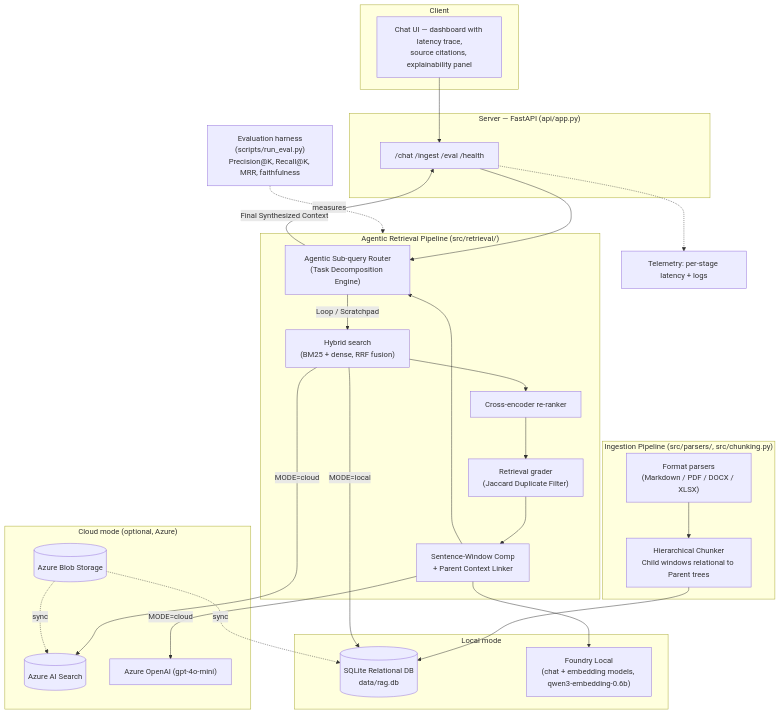
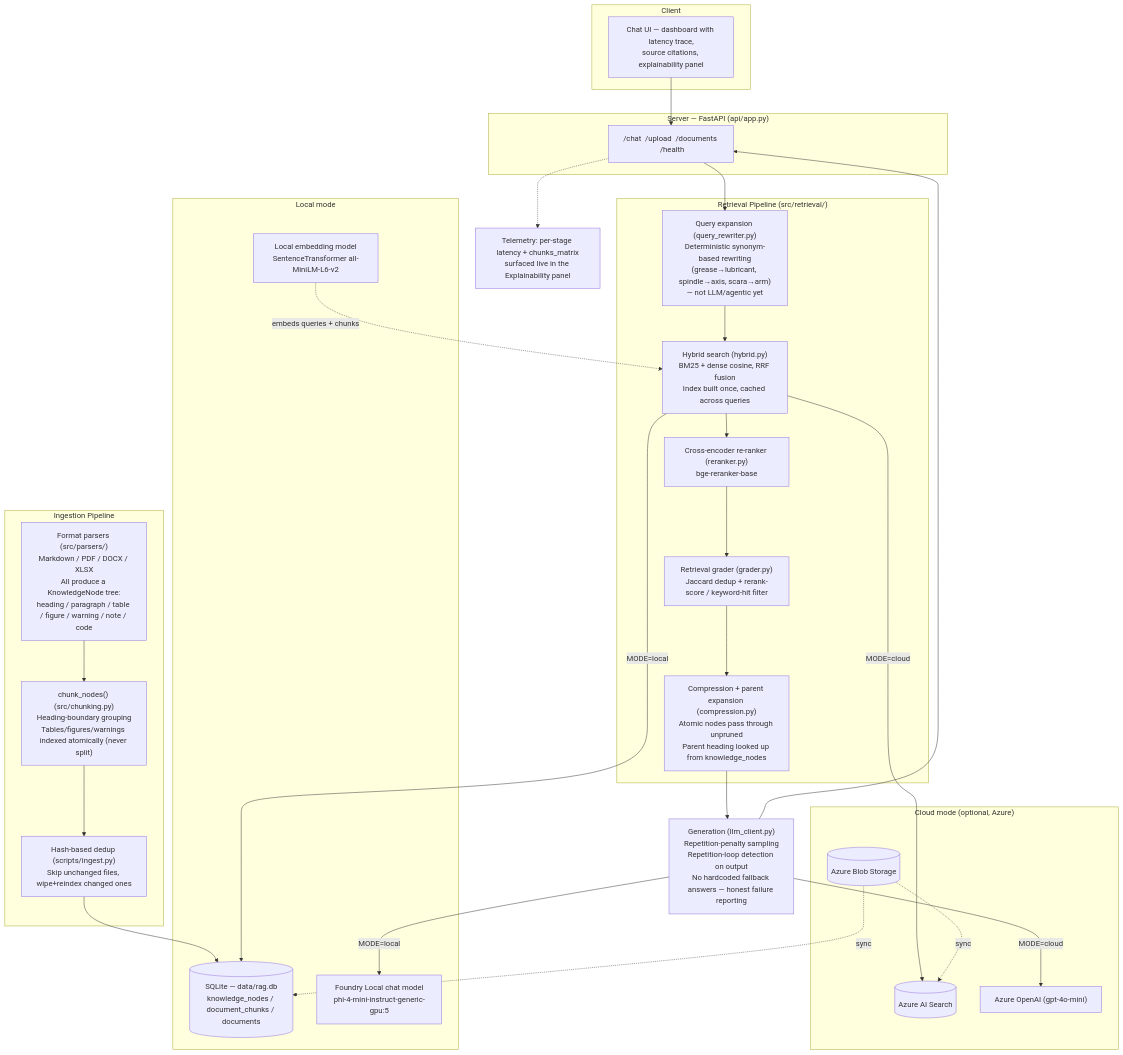
The first of 2 diagrams in README.md (MEK-0/Local-Rag-Foundry-assistant), drawn with Mermaid before and after one commit. The commit also changed other lines of this file, not shown here.

First line of the commit message:
docs(readme): rewrite architecture to match current node-tree RAG implementation

````diff
--- a/README.md
+++ b/README.md
@@ -43,51 +45,52 @@
 ```mermaid
 flowchart TB
     subgraph Client["Client"]
         UI["Chat UI — dashboard with latency trace,\nsource citations, explainability panel"]
     end
 
     subgraph Server["Server — FastAPI (api/app.py)"]
-        API["/chat  /ingest  /eval  /health"]
+        API["/chat  /upload  /documents  /health"]
     end
 
-    subgraph Ingestion["Ingestion Pipeline (src/parsers/, src/chunking.py)"]
-        PARSE["Format parsers\n(Markdown / PDF / DOCX / XLSX)"]
-        CHUNK["Hierarchical Chunker\nChild windows relational to Parent trees"]
+    subgraph Ingestion["Ingestion Pipeline"]
+        PARSE["Format parsers (src/parsers/)\nMarkdown / PDF / DOCX / XLSX\nAll produce a KnowledgeNode tree:\nheading / paragraph / table / figure / warning / note / code"]
+        CHUNK["chunk_nodes() (src/chunking.py)\nHeading-boundary grouping\nTables/figures/warnings indexed atomically (never split)"]
+        HASH["Hash-based dedup (scripts/ingest.py)\nSkip unchanged files, wipe+reindex changed ones"]
     end
 
-    subgraph Retrieval["Agentic Retrieval Pipeline (src/retrieval/)"]
-        QR["Agentic Sub-query Router\n(Task Decomposition Engine)"]
-        HYB["Hybrid search\n(BM25 + dense, RRF fusion)"]
-        RR["Cross-encoder re-ranker"]
-        GR["Retrieval grader\n(Jaccard Duplicate Filter)"]
-        COMP["Sentence-Window Comp\n+ Parent Context Linker"]
+    subgraph Retrieval["Retrieval Pipeline (src/retrieval/)"]
+        RW["Query expansion (query_rewriter.py)\nDeterministic synonym-based rewriting\n(grease→lubricant, spindle→axis, scara→arm)\n— not LLM/agentic yet"]
+        HYB["Hybrid search (hybrid.py)\nBM25 + dense cosine, RRF fusion\nIndex built once, cached across queries"]
+        RR["Cross-encoder re-ranker (reranker.py)\nbge-reranker-base"]
+        GR["Retrieval grader (grader.py)\nJaccard dedup + rerank-score / keyword-hit filter"]
+        COMP["Compression + parent expansion (compression.py)\nAtomic nodes pass through unpruned\nParent heading looked up from knowledge_nodes"]
     end
 
     subgraph Local["Local mode"]
-        SQL[("SQLite Relational DB\ndata/rag.db")]
-        FL["Foundry Local\n(chat + embedding models, qwen3-embedding-0.6b)"]
+        SQL[("SQLite — data/rag.db\nknowledge_nodes / document_chunks / documents")]
+        FL_CHAT["Foundry Local chat model\nphi-4-mini-instruct-generic-gpu:5"]
+        FL_EMB["Local embedding model\nSentenceTransformer all-MiniLM-L6-v2"]
     end
 
     subgraph Cloud["Cloud mode (optional, Azure)"]
         AIS[("Azure AI Search")]
         BLOB[("Azure Blob Storage")]
         AOAI["Azure OpenAI (gpt-4o-mini)"]
     end
 
-    EVAL["Evaluation harness\n(scripts/run_eval.py)\nPrecision@K, Recall@K, MRR, faithfulness"]
-    TEL["Telemetry: per-stage latency + logs"]
+    GEN["Generation (llm_client.py)\nRepetition-penalty sampling\nRepetition-loop detection on output\nNo hardcoded fallback answers — honest failure reporting"]
+    TEL["Telemetry: per-stage latency + chunks_matrix\nsurfaced live in the Explainability panel"]
 
     UI --> API
-    PARSE --> CHUNK --> SQL
-    API --> QR
-    QR -->|Loop / Scratchpad| HYB --> RR --> GR --> COMP --> QR
-    QR -->|Final Synthesized Context| API
+    PARSE --> CHUNK --> HASH --> SQL
+    API --> RW --> HYB --> RR --> GR --> COMP --> GEN
     HYB -->|MODE=local| SQL
     HYB -->|MODE=cloud| AIS
-    COMP --> FL
-    COMP -->|MODE=cloud| AOAI
+    FL_EMB -.embeds queries + chunks.-> HYB
+    GEN -->|MODE=local| FL_CHAT
+    GEN -->|MODE=cloud| AOAI
     BLOB -.sync.-> SQL
     BLOB -.sync.-> AIS
     API -.-> TEL
-    EVAL -.measures.-> Retrieval
+    GEN --> API
 ```
````
